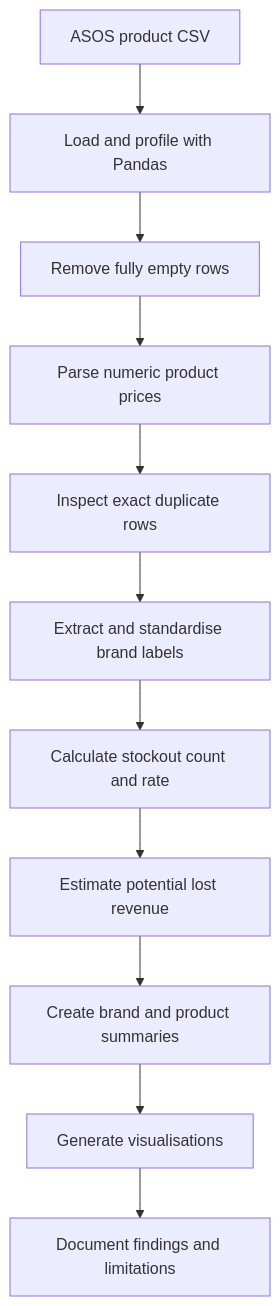
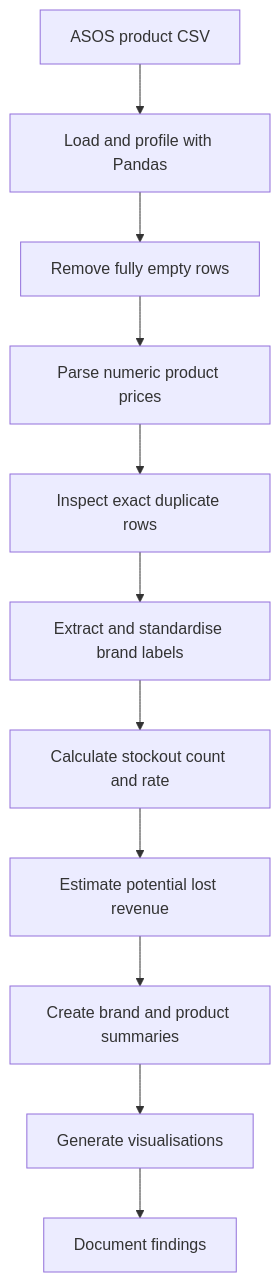
One commit to Moiz2719/ASOS-Product-Stockout-Analysis changed the diagram in README.md. Above: the diagram before and after it, drawn with Mermaid. The commit also changed other lines of this file, not shown here.

Commit message:
Remove limitations section from README

````diff
--- a/README.md
+++ b/README.md
@@ -9,13 +9,13 @@
 ```mermaid
 flowchart TD
     A[ASOS product CSV] --> B[Load and profile with Pandas]
     B --> C[Remove fully empty rows]
     C --> D[Parse numeric product prices]
     D --> E[Inspect exact duplicate rows]
     E --> F[Extract and standardise brand labels]
     F --> G[Calculate stockout count and rate]
     G --> H[Estimate potential lost revenue]
     H --> I[Create brand and product summaries]
     I --> J[Generate visualisations]
-    J --> K[Document findings and limitations]
+    J --> K[Document findings]
 ```
````
